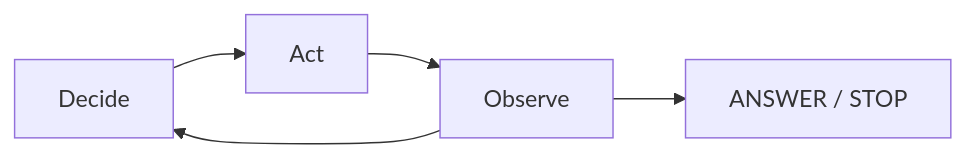
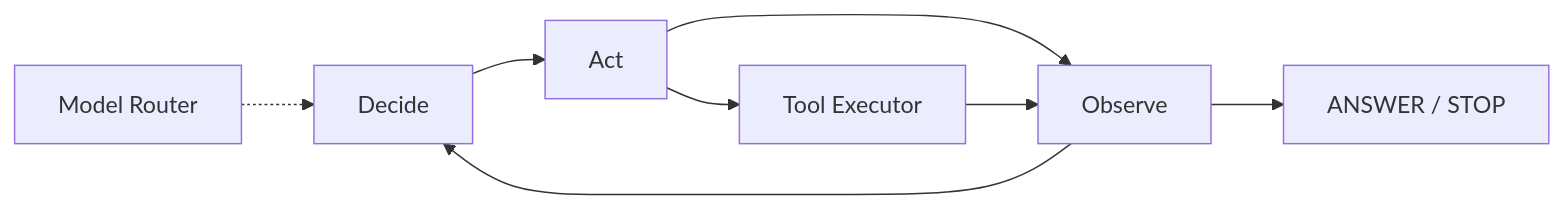
The second of 3 diagrams in README.md (Erdoschn/Study-agent), drawn with Mermaid before and after one commit. The commit also changed other lines of this file, not shown here.

Commit message:
docs: update architecture diagram only

````diff
--- a/README.md
+++ b/README.md
@@ -78,10 +78,20 @@
 ```mermaid
 flowchart LR
+
     D["Decide"]
     A["Act"]
     O["Observe"]
-    F["ANSWER / STOP"]
+    FINISH["ANSWER / STOP"]
 
-    D --> A --> O --> D
-    O --> F
+    D --> A
+    A --> O
+    O --> D
+    O --> FINISH
+
+    MR["Model Router"]
+    TOOLS["Tool Executor"]
+
+    MR -.-> D
+    A --> TOOLS
+    TOOLS --> O
 ```
````
